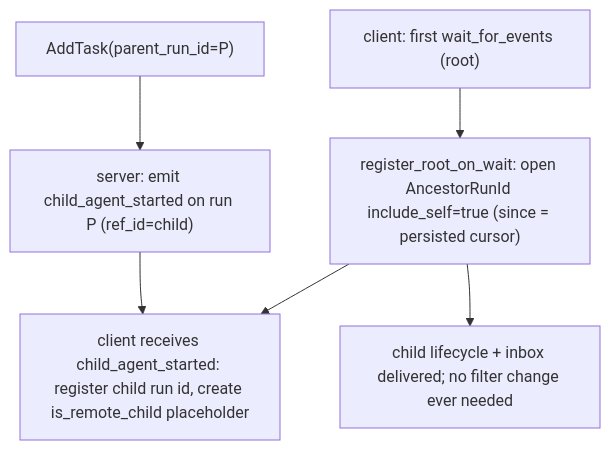
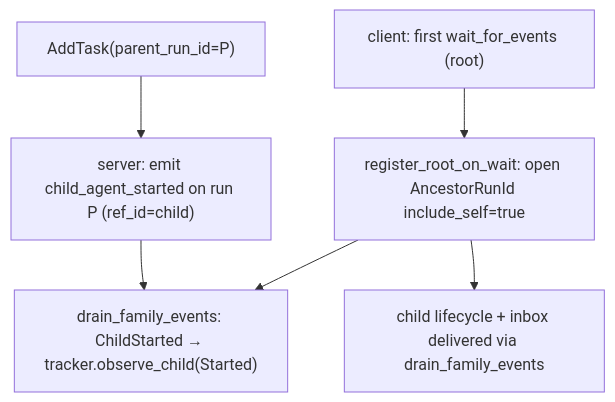
Before and after one commit to Aryan795/warp: the first of 4 diagrams in specs/QUALITY-928/TECH.md, drawn with Mermaid. The commit also changed other lines of this file, not shown here.

````diff
--- a/specs/QUALITY-928/TECH.md
+++ b/specs/QUALITY-928/TECH.md
@@ -312,8 +285,8 @@
 ```mermaid
 flowchart TD
   Create["AddTask(parent_run_id=P)"] --> Emit["server: emit child_agent_started on run P (ref_id=child)"]
-  Wait["client: first wait_for_events (root)"] --> Anc["register_root_on_wait: open AncestorRunId include_self=true (since = persisted cursor)"]
-  Emit --> Recv["client receives child_agent_started: register child run id, create is_remote_child placeholder"]
+  Wait["client: first wait_for_events (root)"] --> Anc["register_root_on_wait: open AncestorRunId include_self=true"]
+  Emit --> Recv["drain_family_events: ChildStarted → tracker.observe_child(Started)"]
   Anc --> Recv
-  Anc --> Track["child lifecycle + inbox delivered; no filter change ever needed"]
+  Anc --> Track["child lifecycle + inbox delivered via drain_family_events"]
 ```
````
